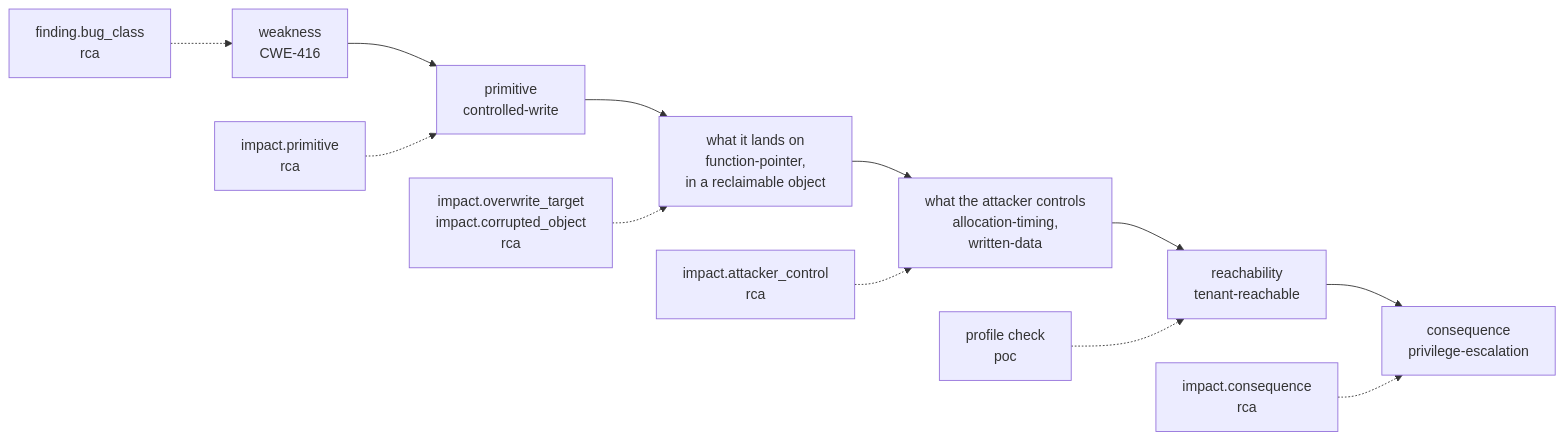
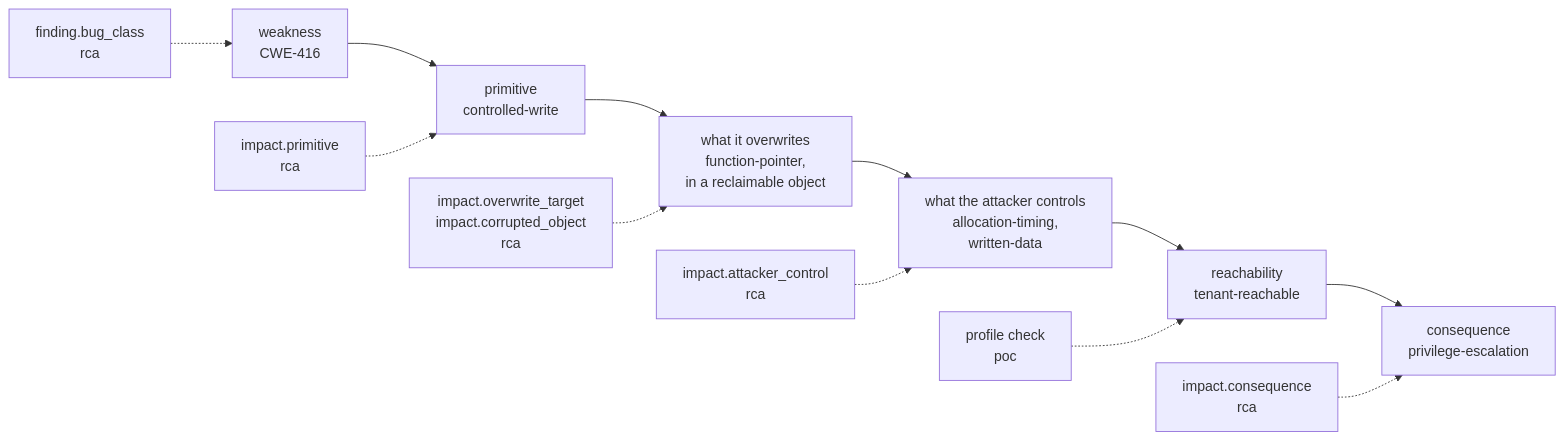
One commit to Indspl0it/gspwn changed the diagram in docs/src/content/docs/architecture/impact-and-severity.md. Above: the diagram before and after it, drawn with Mermaid. The commit also changed other lines of this file and 15 other files, not shown here.

First line of the commit message:
Rewrite the Architecture pages against source

````diff
--- a/docs/src/content/docs/architecture/impact-and-severity.md
+++ b/docs/src/content/docs/architecture/impact-and-severity.md
@@ -168,15 +191,15 @@
 ```mermaid
 flowchart LR
   W["weakness<br/>CWE-416"] --> P["primitive<br/>controlled-write"]
-  P --> L["what it lands on<br/>function-pointer,<br/>in a reclaimable object"]
+  P --> L["what it overwrites<br/>function-pointer,<br/>in a reclaimable object"]
   L --> A["what the attacker controls<br/>allocation-timing,<br/>written-data"]
   A --> R["reachability<br/>tenant-reachable"]
   R --> C["consequence<br/>privilege-escalation"]
 
   BC["finding.bug_class<br/>rca"] -.-> W
   IP["impact.primitive<br/>rca"] -.-> P
   OT["impact.overwrite_target<br/>impact.corrupted_object<br/>rca"] -.-> L
   AC["impact.attacker_control<br/>rca"] -.-> A
   PC["profile check<br/>poc"] -.-> R
   IC["impact.consequence<br/>rca"] -.-> C
 ```
````
